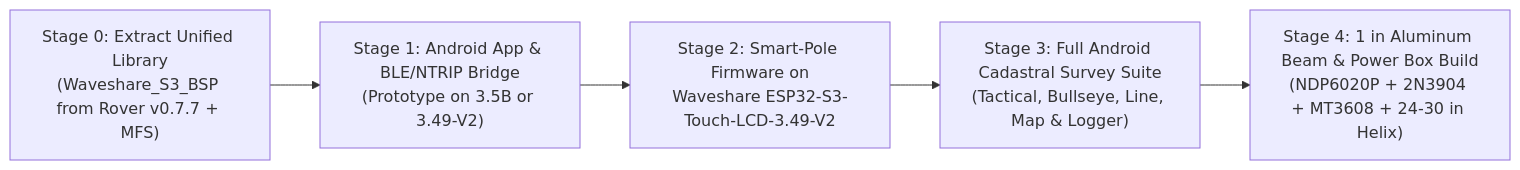
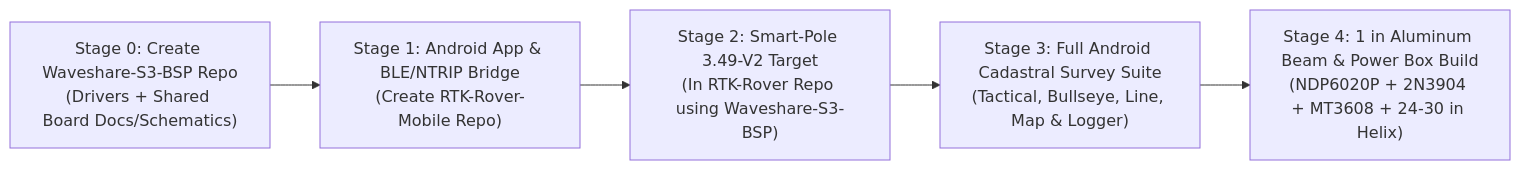
Before and after one commit to rguilmet/RTK-Rover: the fifth of 5 diagrams in docs/plan_smart_pole_and_android_app.md, drawn with Mermaid. The commit also changed other lines of this file and 1 other file, not shown here.

Commit message:
docs: Add Git/GitHub multi-repo & datasheet governance to Smart Pole plan (v2.3.0)

````diff
--- a/docs/plan_smart_pole_and_android_app.md
+++ b/docs/plan_smart_pole_and_android_app.md
@@ -398,7 +466,7 @@
 ```mermaid
 flowchart LR
-    Stage0["Stage 0: Extract Unified Library\n(Waveshare_S3_BSP from Rover v0.7.7 + MFS)"] --> Stage1["Stage 1: Android App & BLE/NTRIP Bridge\n(Prototype on 3.5B or 3.49-V2)"]
-    Stage1 --> Stage2["Stage 2: Smart-Pole Firmware on\nWaveshare ESP32-S3-Touch-LCD-3.49-V2"]
+    Stage0["Stage 0: Create Waveshare-S3-BSP Repo\n(Drivers + Shared Board Docs/Schematics)"] --> Stage1["Stage 1: Android App & BLE/NTRIP Bridge\n(Create RTK-Rover-Mobile Repo)"]
+    Stage1 --> Stage2["Stage 2: Smart-Pole 3.49-V2 Target\n(In RTK-Rover Repo using Waveshare-S3-BSP)"]
     Stage2 --> Stage3["Stage 3: Full Android Cadastral Survey Suite\n(Tactical, Bullseye, Line, Map & Logger)"]
     Stage3 --> Stage4["Stage 4: 1 in Aluminum Beam & Power Box Build\n(NDP6020P + 2N3904 + MT3608 + 24-30 in Helix)"]
 ```
````
